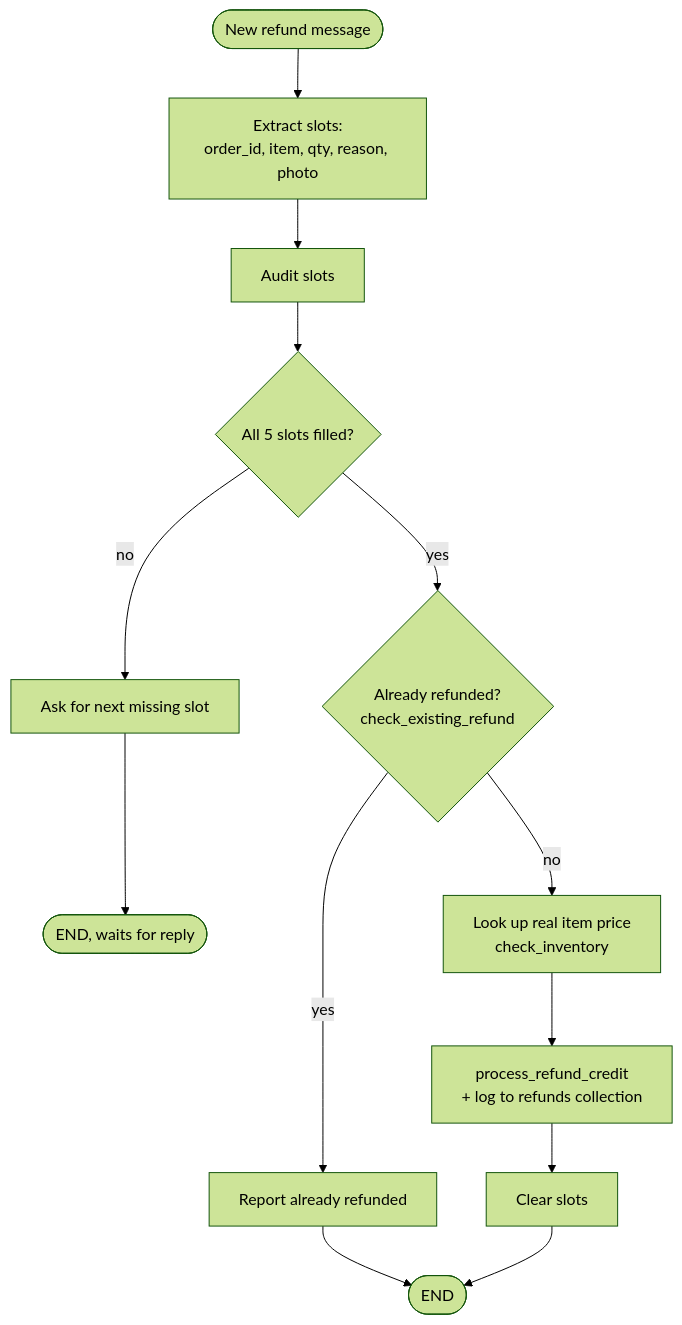
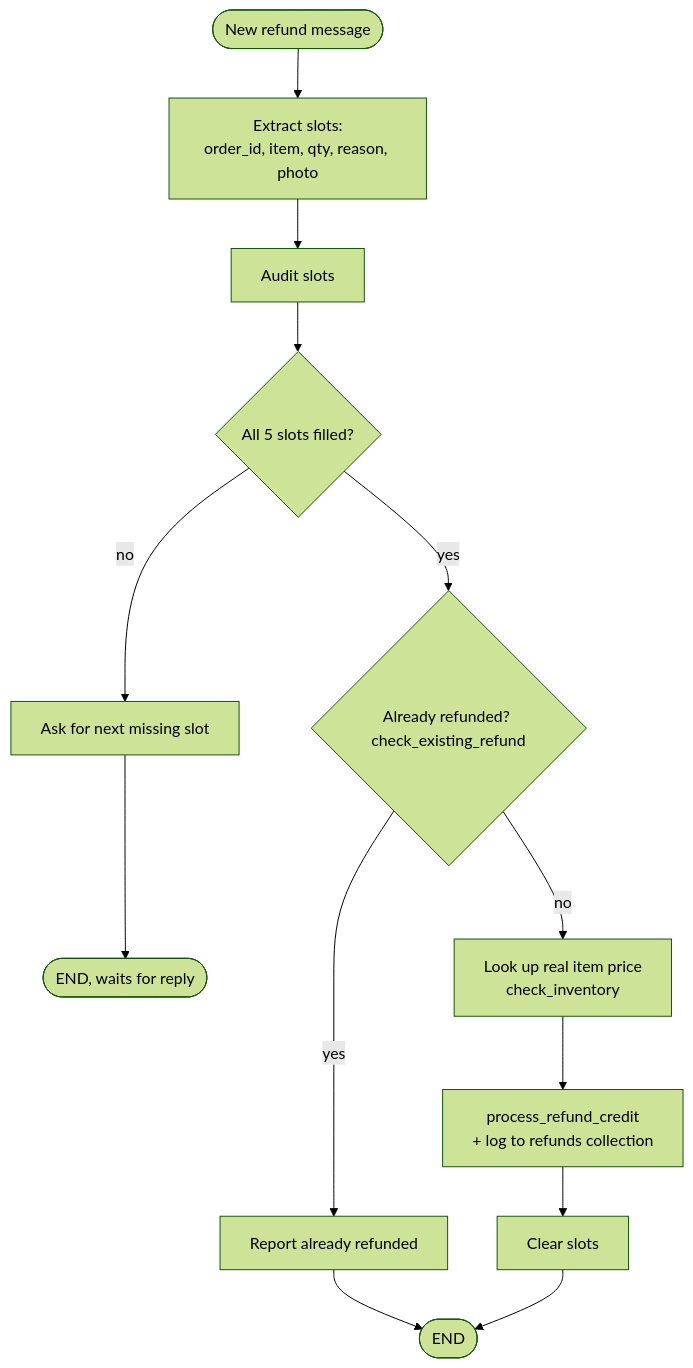
Before and after one commit to nirajp728/quick-commerce-agentic-ai: the fourth of 7 diagrams in README.md, drawn with Mermaid (forest theme). The commit also changed other lines of this file, not shown here.

````diff
--- a/README.md
+++ b/README.md
@@ -140,15 +140,15 @@
 ```mermaid
 flowchart TD
     START([New refund message]) --> EXTRACT[Extract slots:<br/>order_id, item, qty, reason, photo]
     EXTRACT --> AUDIT[Audit slots]
     AUDIT --> CHECK{All 5 slots filled?}
     CHECK -->|no| ASK[Ask for next missing slot]
     ASK --> END1([END, waits for reply])
-    CHECK -->|yes| DUP{Already refunded?<br/>check_existing_refund}
+    CHECK -->|yes| DUP{Already refunded? check_existing_refund}
     DUP -->|yes| BLOCK[Report already refunded]
     DUP -->|no| PRICE[Look up real item price<br/>check_inventory]
     PRICE --> CREDIT[process_refund_credit<br/>+ log to refunds collection]
     CREDIT --> CLEAR[Clear slots]
     BLOCK --> END2([END])
     CLEAR --> END2
 ```
````
